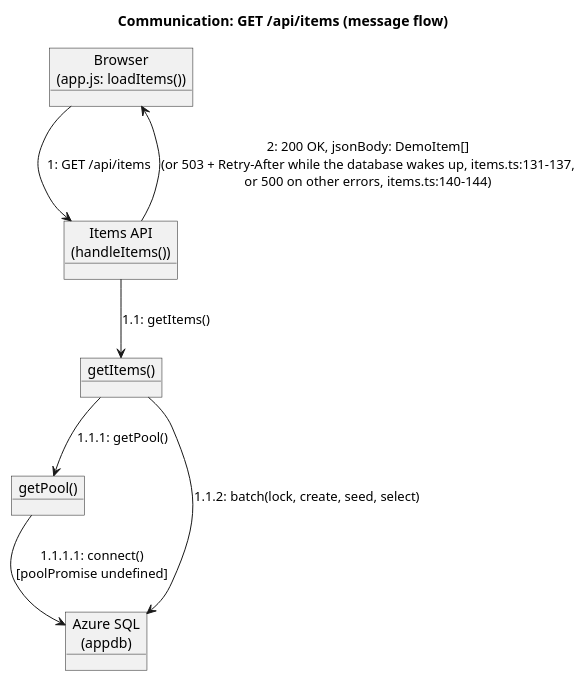
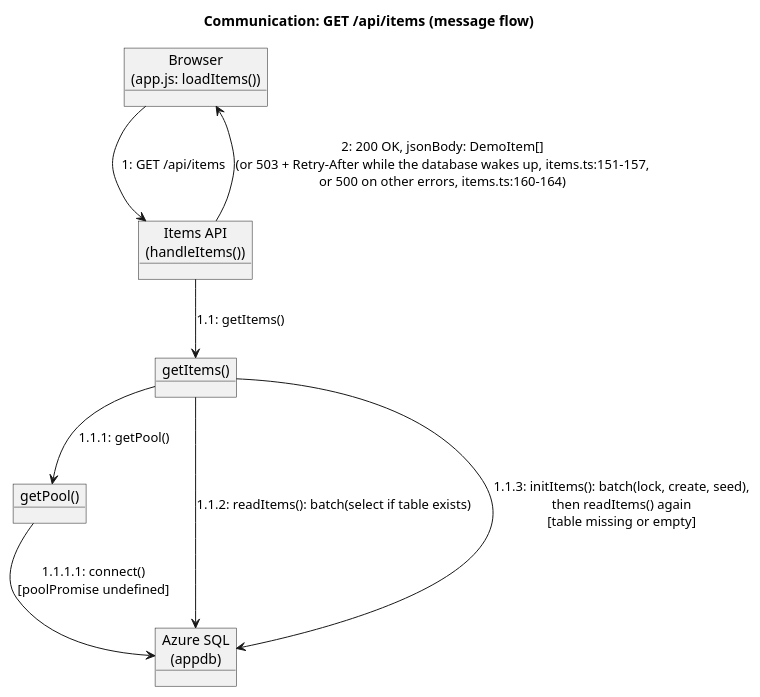
The diagram in uml/interaction/12-communication.puml (wolffy-au/frictionless-sample-azure), drawn with PlantUML before and after one commit. The commit also changed 13 other files, not shown here.

First line of the commit message:
docs(uml): show the read-first demo-items flow

```diff
--- a/uml/interaction/12-communication.puml
+++ b/uml/interaction/12-communication.puml
@@ -1,17 +1,18 @@
 @startuml
 title Communication: GET /api/items (message flow)
 
 object "Browser\n(app.js: loadItems())" as Browser
 object "Items API\n(handleItems())" as ItemsAPI
 object "getItems()" as GetItems
 object "getPool()" as GetPool
 object "Azure SQL\n(appdb)" as Sql
 
 Browser --> ItemsAPI : 1: GET /api/items
 ItemsAPI --> GetItems : 1.1: getItems()
 GetItems --> GetPool : 1.1.1: getPool()
 GetPool --> Sql : 1.1.1.1: connect()\n[poolPromise undefined]
-GetItems --> Sql : 1.1.2: batch(lock, create, seed, select)
-ItemsAPI --> Browser : 2: 200 OK, jsonBody: DemoItem[]\n(or 503 + Retry-After while the database wakes up, items.ts:131-137,\nor 500 on other errors, items.ts:140-144)
+GetItems --> Sql : 1.1.2: readItems(): batch(select if table exists)
+GetItems --> Sql : 1.1.3: initItems(): batch(lock, create, seed),\nthen readItems() again\n[table missing or empty]
+ItemsAPI --> Browser : 2: 200 OK, jsonBody: DemoItem[]\n(or 503 + Retry-After while the database wakes up, items.ts:151-157,\nor 500 on other errors, items.ts:160-164)
 
 @enduml
```
